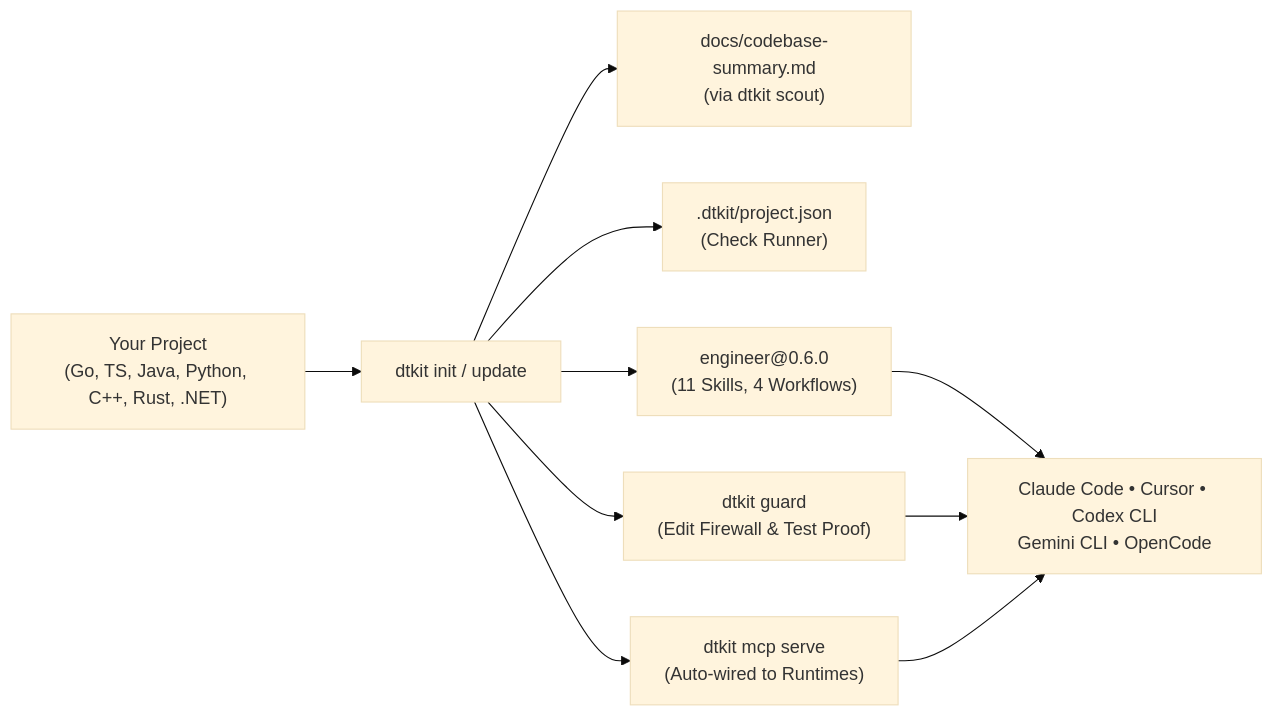
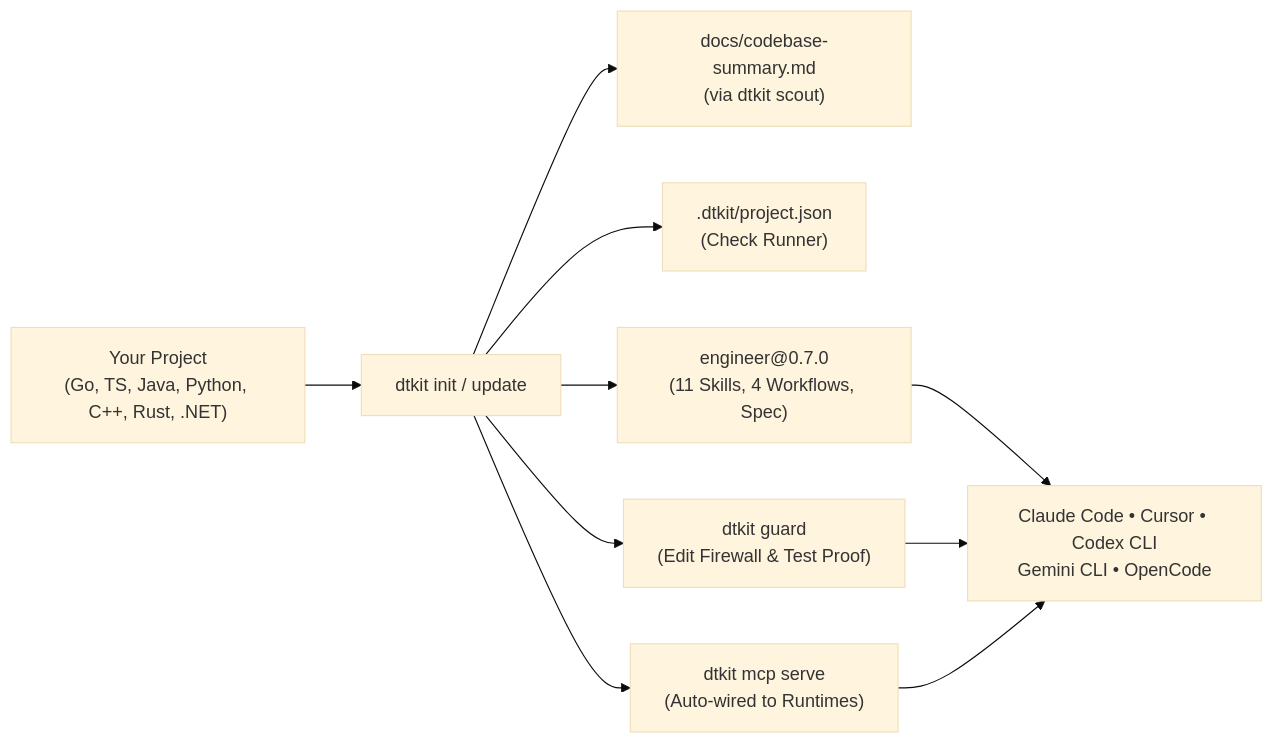
The first of 2 diagrams in docs/guide.md (truong-newbie/Agent_Kit_Impl), drawn with Mermaid (base theme) before and after one commit. The commit also changed other lines of this file and 36 other files, not shown here.

````diff
--- a/docs/guide.md
+++ b/docs/guide.md
@@ -27,12 +28,12 @@
 ```mermaid
 flowchart LR
     Dev["Your Project\n(Go, TS, Java, Python, C++, Rust, .NET)"] --> Init["dtkit init / update"]
     Init --> Summary["docs/codebase-summary.md\n(via dtkit scout)"]
     Init --> Profile[".dtkit/project.json\n(Check Runner)"]
-    Init --> Kit["engineer@0.6.0\n(11 Skills, 4 Workflows)"]
+    Init --> Kit["engineer@0.7.0\n(11 Skills, 4 Workflows, Spec)"]
     Init --> Guard["dtkit guard\n(Edit Firewall & Test Proof)"]
     Init --> MCP["dtkit mcp serve\n(Auto-wired to Runtimes)"]
     Kit --> Runtimes["Claude Code • Cursor • Codex CLI\nGemini CLI • OpenCode"]
     Guard --> Runtimes
     MCP --> Runtimes
 ```
````
